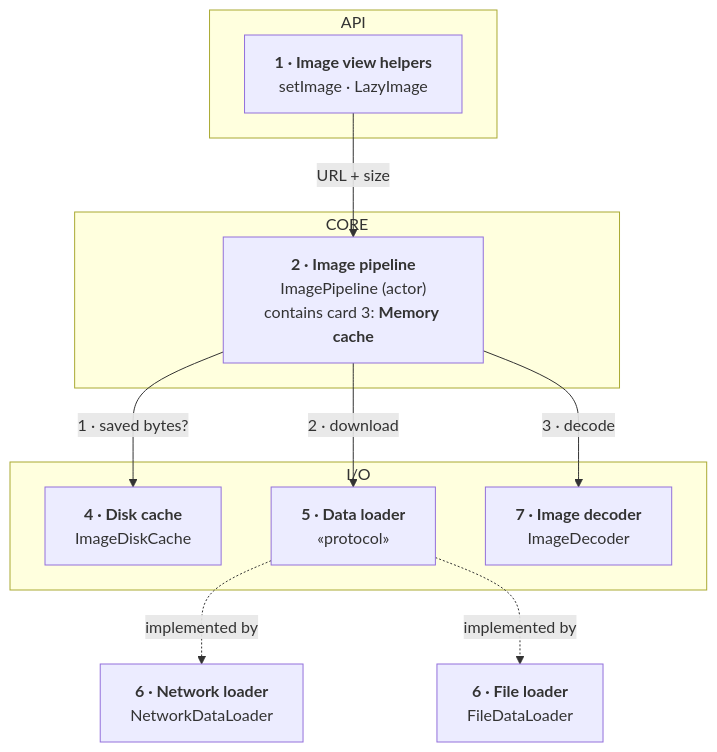
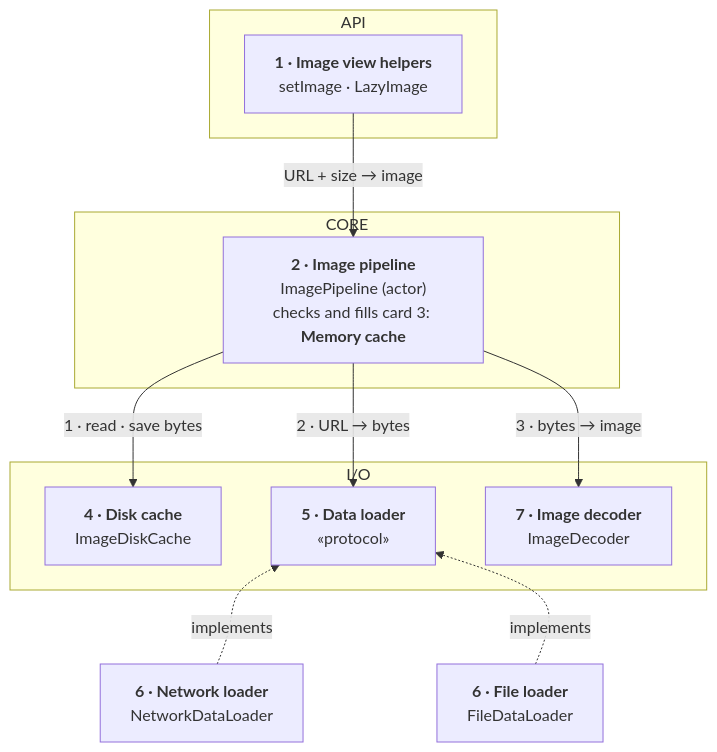
One commit to rezabina86/reference-desk changed the first of 2 diagrams in topics/system-design/01-image-loading-and-caching-library.md. Above: the diagram before and after it, drawn with Mermaid. The commit also changed other lines of this file and 4 other files, not shown here.

````diff
--- a/topics/system-design/01-image-loading-and-caching-library.md
+++ b/topics/system-design/01-image-loading-and-caching-library.md
@@ -141,27 +141,29 @@
 ```mermaid
 flowchart TB
   subgraph A["API"]
     Call["<b>1 · Image view helpers</b><br/>setImage · LazyImage"]
   end
   subgraph C["CORE"]
-    Pipe["<b>2 · Image pipeline</b><br/>ImagePipeline (actor)<br/>contains card 3: <b>Memory cache</b>"]
+    Pipe["<b>2 · Image pipeline</b><br/>ImagePipeline (actor)<br/>checks and fills card 3: <b>Memory cache</b>"]
   end
   subgraph IO["I/O"]
     Disk["<b>4 · Disk cache</b><br/>ImageDiskCache"]
     Loader["<b>5 · Data loader</b><br/>«protocol»"]
     Dec["<b>7 · Image decoder</b><br/>ImageDecoder"]
   end
   Net["<b>6 · Network loader</b><br/>NetworkDataLoader"]
   File["<b>6 · File loader</b><br/>FileDataLoader"]
-  Call -- "URL + size" --> Pipe
-  Pipe -- "1 · saved bytes?" --> Disk
-  Pipe -- "2 · download" --> Loader
-  Pipe -- "3 · decode" --> Dec
-  Loader -. "implemented by" .-> Net
-  Loader -. "implemented by" .-> File
+  Call -- "URL + size → image" --> Pipe
+  Pipe -- "1 · read · save bytes" --> Disk
+  Pipe -- "2 · URL → bytes" --> Loader
+  Pipe -- "3 · bytes → image" --> Dec
+  Loader ~~~ Net
+  Loader ~~~ File
+  Net -. "implements" .-> Loader
+  File -. "implements" .-> Loader
   class Call pres
   class Pipe dom
   class Disk,Loader,Dec data
   class Net net
   class File data
 ```
````
